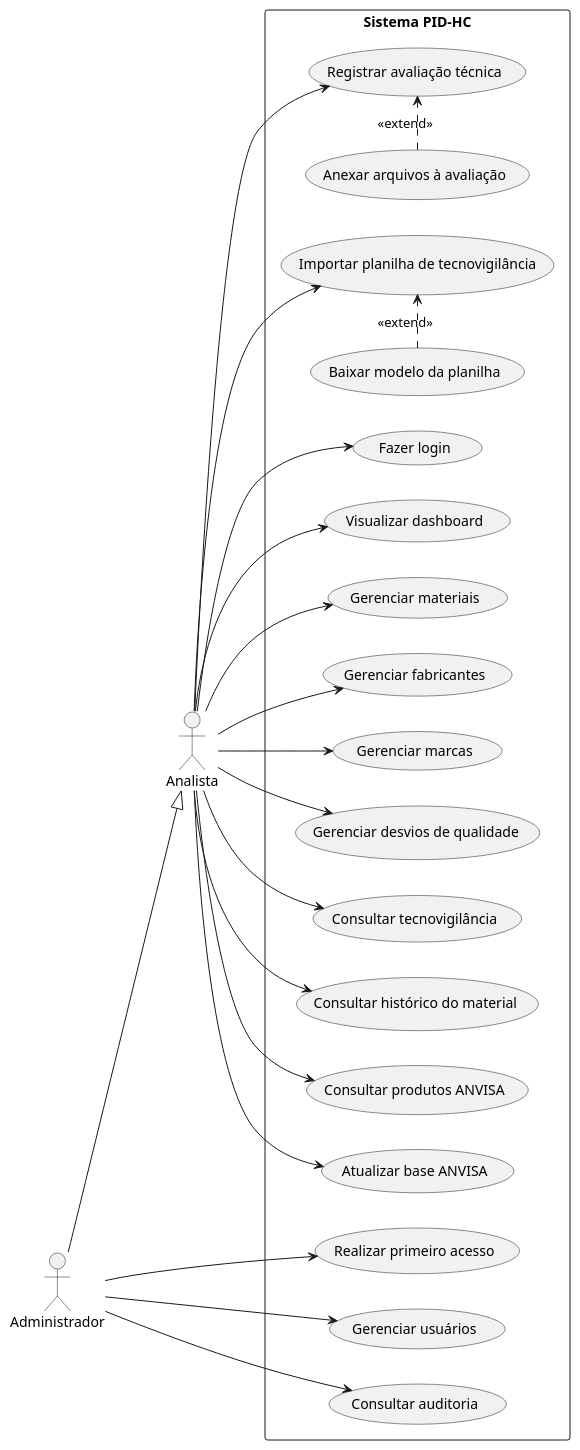
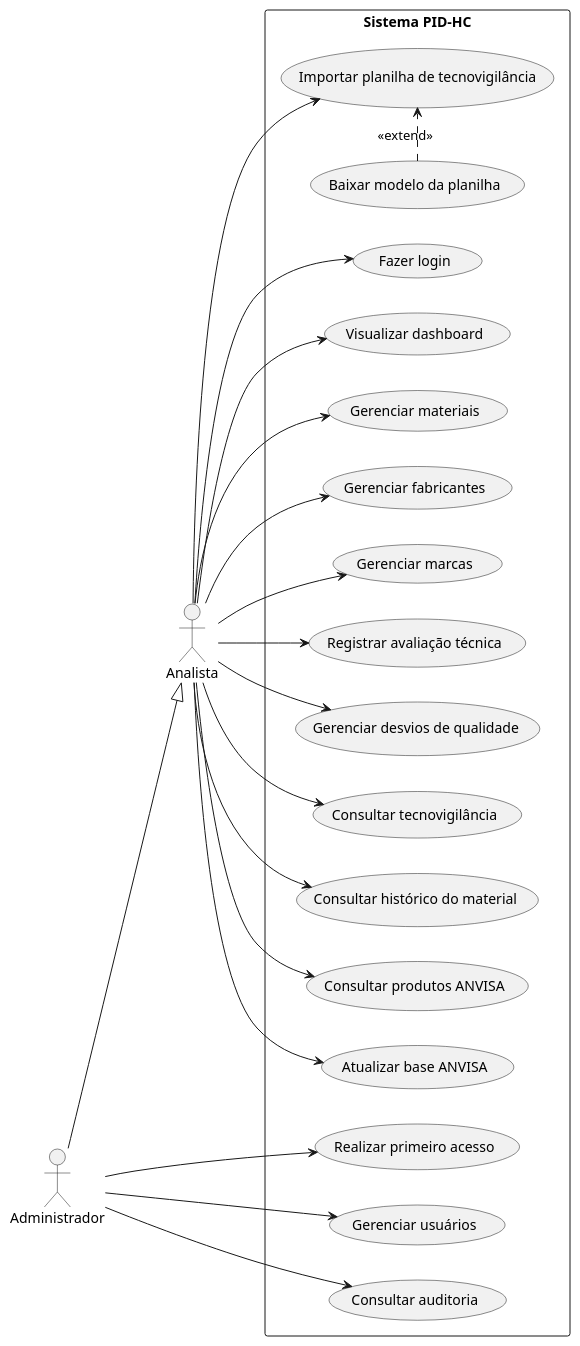
One commit to fe-fe/pid-hc changed the diagram in docs/diagrama-casos-uso.puml. Above: the diagram before and after it, drawn with PlantUML. The commit also changed 4 other files, not shown here.

```diff
--- a/docs/diagrama-casos-uso.puml
+++ b/docs/diagrama-casos-uso.puml
@@ -1,51 +1,49 @@
 @startuml
 left to right direction
 skinparam monochrome true
 skinparam shadowing false
 skinparam actorStyle stick
 
 actor "Analista" as Analista
 actor "Administrador" as Admin
 
 Admin --|> Analista
 
 rectangle "Sistema PID-HC" {
   usecase "Fazer login" as UC02
   usecase "Visualizar dashboard" as UC03
   usecase "Gerenciar materiais" as UC05
   usecase "Gerenciar fabricantes" as UC06
   usecase "Gerenciar marcas" as UC07
   usecase "Registrar avaliação técnica" as UC08
-  usecase "Anexar arquivos à avaliação" as UC09
   usecase "Gerenciar desvios de qualidade" as UC10
   usecase "Consultar tecnovigilância" as UC11
   usecase "Importar planilha de tecnovigilância" as UC12
   usecase "Baixar modelo da planilha" as UC13
   usecase "Consultar histórico do material" as UC14
   usecase "Consultar produtos ANVISA" as UC15
   usecase "Atualizar base ANVISA" as UC16
   usecase "Realizar primeiro acesso" as UC01
   usecase "Gerenciar usuários" as UC04
   usecase "Consultar auditoria" as UC17
 }
 
 Analista --> UC02
 Analista --> UC03
 Analista --> UC05
 Analista --> UC06
 Analista --> UC07
 Analista --> UC08
 Analista --> UC10
 Analista --> UC11
 Analista --> UC12
 Analista --> UC14
 Analista --> UC15
 Analista --> UC16
 
 Admin --> UC01
 Admin --> UC04
 Admin --> UC17
 
-UC09 .> UC08 : <<extend>>
 UC13 .> UC12 : <<extend>>
 @enduml
```
